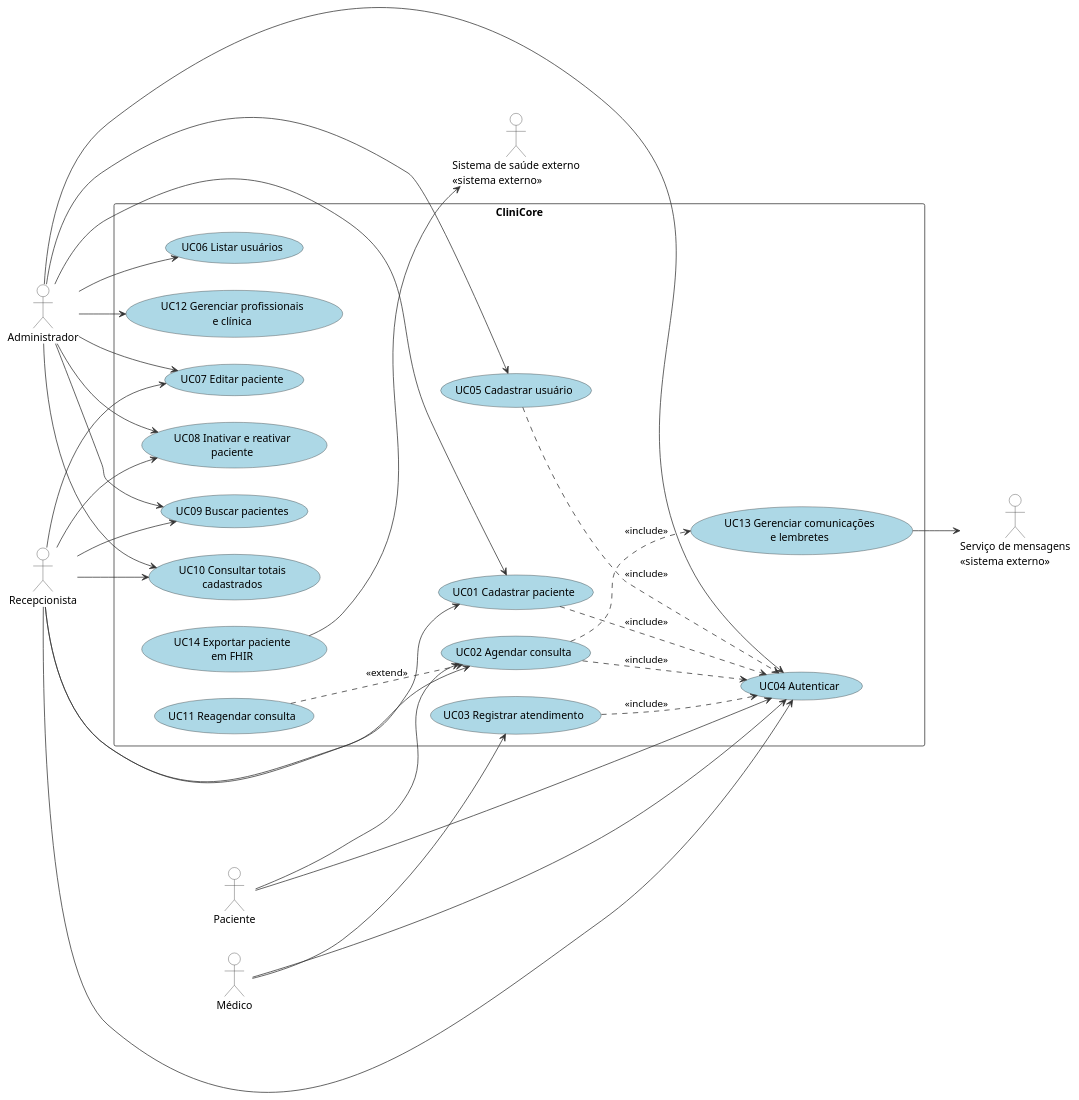
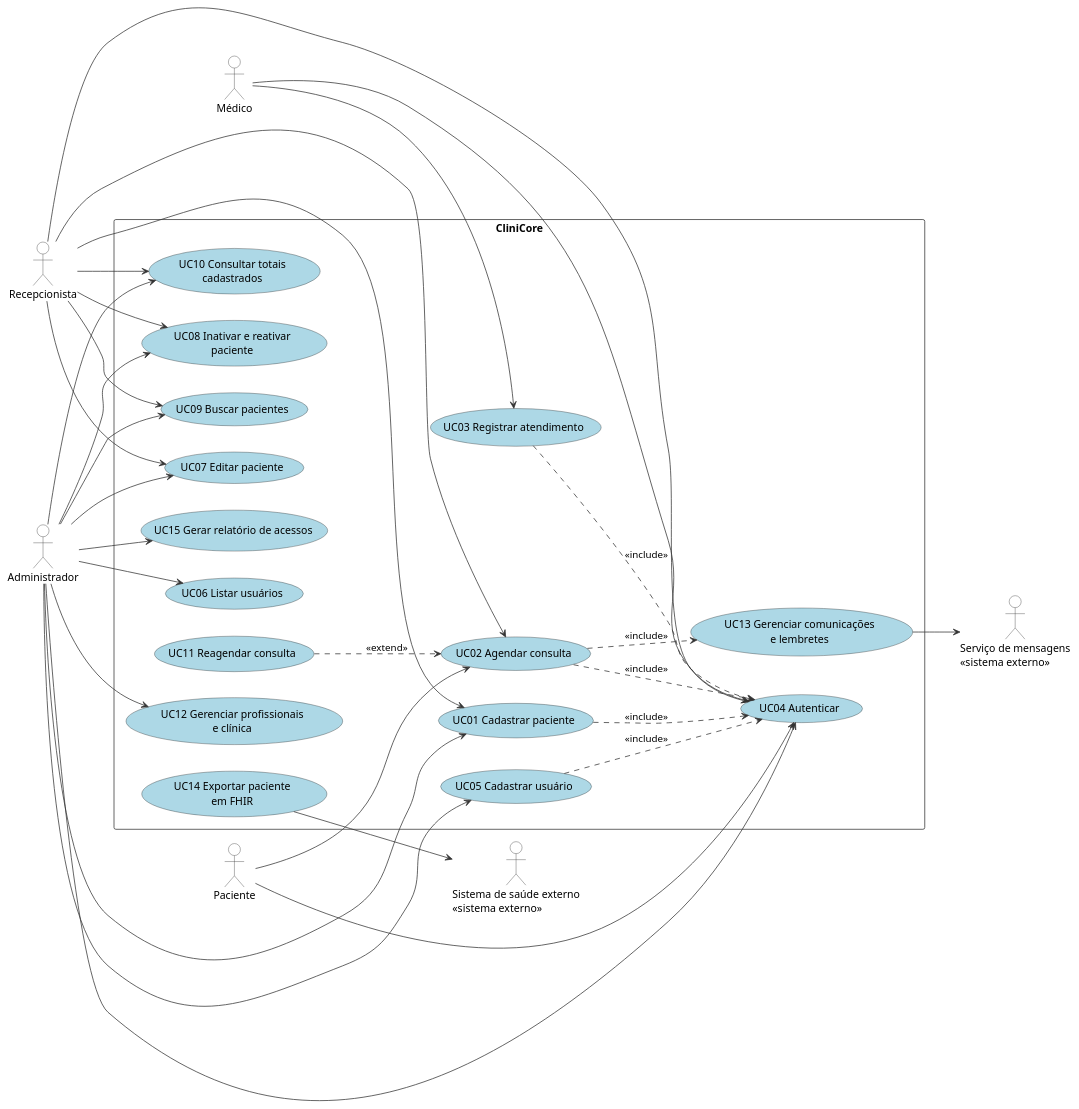
Before and after one commit to beatrizmontenegro07/projeto-metodos: the diagram in docs/relatorio/codigos/casos-de-uso.puml, drawn with PlantUML. The commit also changed 3 other files, not shown here.

Commit message:
docs(reports): align adapter ADR and use case diagrams

```diff
--- a/docs/relatorio/codigos/casos-de-uso.puml
+++ b/docs/relatorio/codigos/casos-de-uso.puml
@@ -1,74 +1,76 @@
 @startuml diagrama-casos-de-uso
 left to right direction
 
 ' Configurações de estilo para manter as mesmas cores
 skinparam usecase {
     BackgroundColor LightBlue
     BorderColor #333333
     ArrowColor #333333
 }
 skinparam actor {
     BorderColor #333333
     BackgroundColor White
 }
 skinparam rectangle {
     BorderColor #333333
 }
 
-' Mesmo diagrama de docs/04-casos-de-uso/casos-de-uso.puml (Entrega 2).
+' Mesmo diagrama de docs/04-casos-de-uso/casos-de-uso.puml.
 actor Administrador
 actor Recepcionista
 actor "Médico" as Medico
 actor Paciente
 actor "Serviço de mensagens\n<<sistema externo>>" as Mensagens
 actor "Sistema de saúde externo\n<<sistema externo>>" as SistemaExterno
 
 rectangle CliniCore {
   usecase "UC04 Autenticar" as UC04
   usecase "UC05 Cadastrar usuário" as UC05
   usecase "UC06 Listar usuários" as UC06
   usecase "UC12 Gerenciar profissionais\ne clínica" as UC12
   usecase "UC01 Cadastrar paciente" as UC01
   usecase "UC07 Editar paciente" as UC07
   usecase "UC08 Inativar e reativar\npaciente" as UC08
   usecase "UC09 Buscar pacientes" as UC09
   usecase "UC10 Consultar totais\ncadastrados" as UC10
   usecase "UC02 Agendar consulta" as UC02
   usecase "UC11 Reagendar consulta" as UC11
   usecase "UC13 Gerenciar comunicações\ne lembretes" as UC13
   usecase "UC03 Registrar atendimento" as UC03
+  usecase "UC15 Gerar relatório de acessos" as UC15
   usecase "UC14 Exportar paciente\nem FHIR" as UC14
 }
 
+Administrador --> UC15
 Administrador --> UC05
 Administrador --> UC06
 Administrador --> UC12
 Administrador --> UC01
 Administrador --> UC07
 Administrador --> UC08
 Administrador --> UC09
 Administrador --> UC10
 Recepcionista --> UC01
 Recepcionista --> UC07
 Recepcionista --> UC08
 Recepcionista --> UC09
 Recepcionista --> UC10
 Recepcionista --> UC02
 Paciente --> UC02
 Medico --> UC03
 Administrador --> UC04
 Recepcionista --> UC04
 Medico --> UC04
 Paciente --> UC04
 
 UC11 ..> UC02 : <<extend>>
 UC02 ..> UC13 : <<include>>
 UC13 --> Mensagens
 UC14 --> SistemaExterno
 
 ' Todos os casos de uso, exceto UC14, incluem UC04; só alguns aparecem para manter o diagrama legível.
 UC01 ..> UC04 : <<include>>
 UC05 ..> UC04 : <<include>>
 UC02 ..> UC04 : <<include>>
 UC03 ..> UC04 : <<include>>
 @enduml
```
